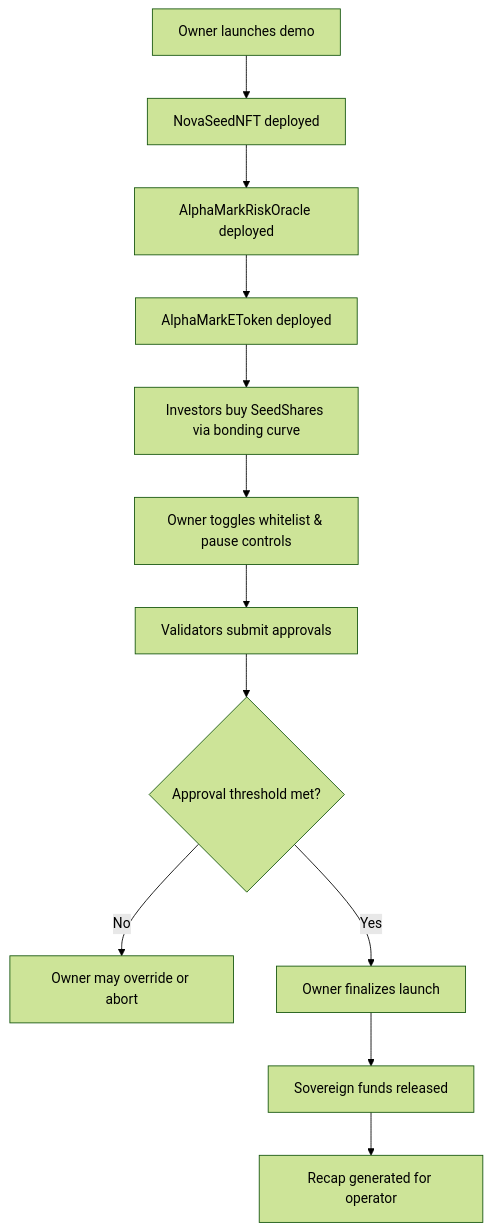
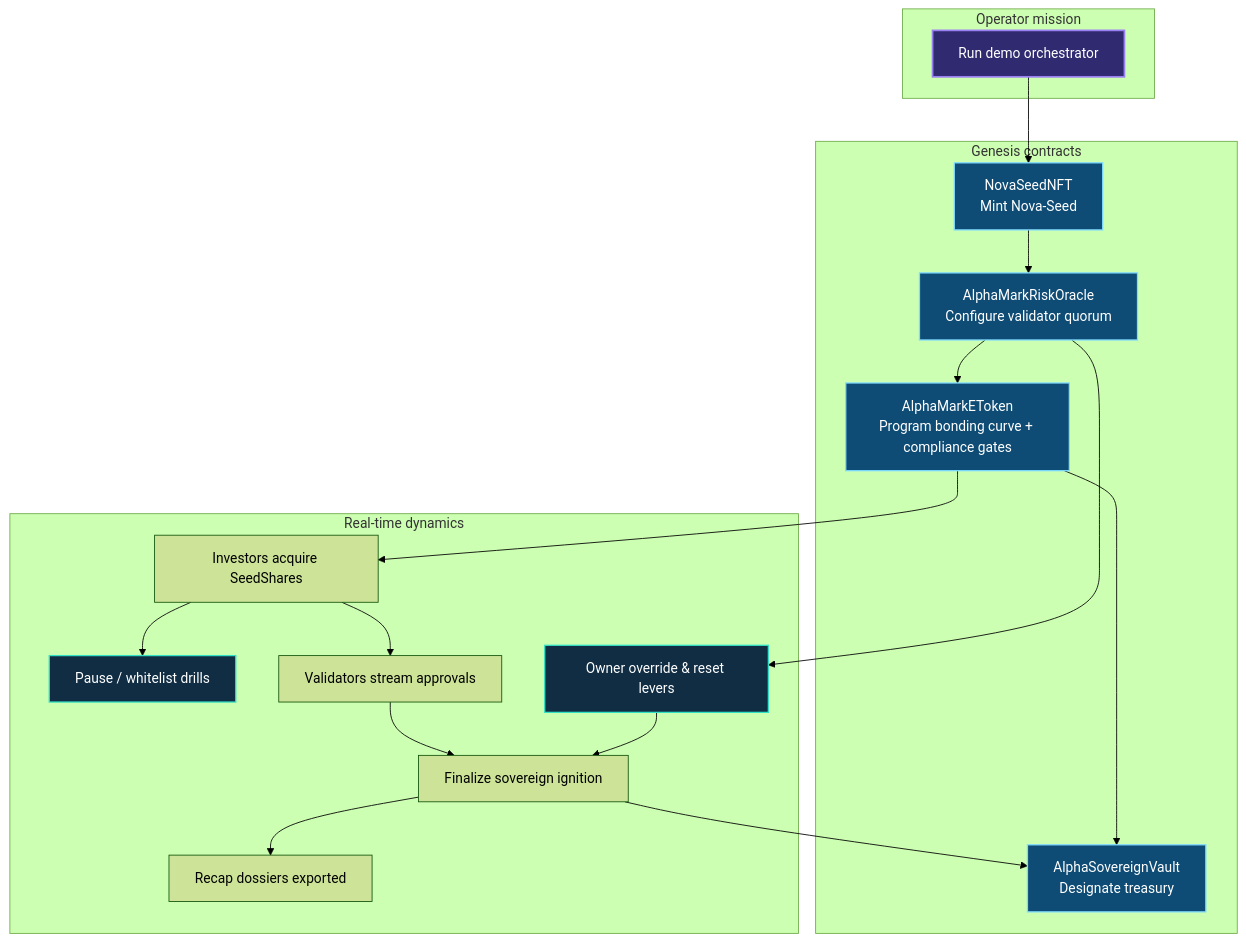
One commit to MontrealAI/AGIJobsv0 changed the diagram in demo/alpha-agi-mark/runbooks/alpha-agi-mark-flow.mmd. Above: the diagram before and after it, drawn with Mermaid (forest theme). The commit also changed 6 other files, not shown here.

Commit message:
Enhance alpha-agi-mark recap and visualization

````diff
--- a/demo/alpha-agi-mark/runbooks/alpha-agi-mark-flow.mmd
+++ b/demo/alpha-agi-mark/runbooks/alpha-agi-mark-flow.mmd
@@ -1,14 +1,37 @@
 ```mermaid
-graph TD
-    A[Owner launches demo] --> B[NovaSeedNFT deployed]
-    B --> C[AlphaMarkRiskOracle deployed]
-    C --> D[AlphaMarkEToken deployed]
-    D --> E[Investors buy SeedShares via bonding curve]
-    E --> F[Owner toggles whitelist & pause controls]
-    F --> G[Validators submit approvals]
-    G --> H{Approval threshold met?}
-    H -- No --> I[Owner may override or abort]
-    H -- Yes --> J[Owner finalizes launch]
-    J --> K[Sovereign funds released]
-    K --> L[Recap generated for operator]
+flowchart TD
+    classDef operator fill:#302B70,stroke:#9A7FF2,color:#fff,stroke-width:2px;
+    classDef contract fill:#0F4C75,stroke:#7FDBFF,color:#FFFFFF,stroke-width:1.5px;
+    classDef safeguard fill:#102D44,stroke:#32E0C4,color:#FFFFFF,stroke-width:1.5px;
+
+    subgraph Operator[Operator mission]
+        Start[Run demo orchestrator]
+    end
+
+    subgraph Genesis[Genesis contracts]
+        Seed[NovaSeedNFT\nMint Nova-Seed]
+        Oracle[AlphaMarkRiskOracle\nConfigure validator quorum]
+        Curve[AlphaMarkEToken\nProgram bonding curve + compliance gates]
+        Vault[AlphaSovereignVault\nDesignate treasury]
+    end
+
+    subgraph Dynamics[Real-time dynamics]
+        Investors[Investors acquire SeedShares]
+        Pause[Pause / whitelist drills]
+        Validators[Validators stream approvals]
+        Override[Owner override & reset levers]
+        Finalize[Finalize sovereign ignition]
+        Recap[Recap dossiers exported]
+    end
+
+    Start --> Seed --> Oracle --> Curve --> Vault
+    Curve --> Investors --> Validators --> Finalize --> Recap
+    Investors --> Pause
+    Oracle --> Override
+    Override --> Finalize
+    Finalize --> Vault
+
+    class Start operator
+    class Seed,Oracle,Curve,Vault contract
+    class Pause,Override safeguard
 ```
````
